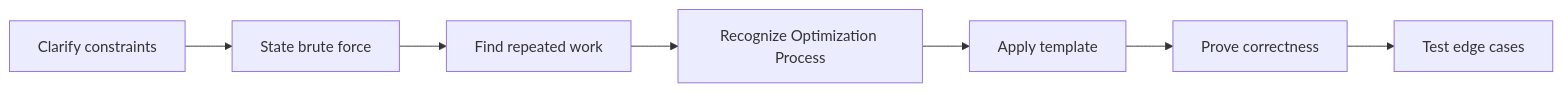
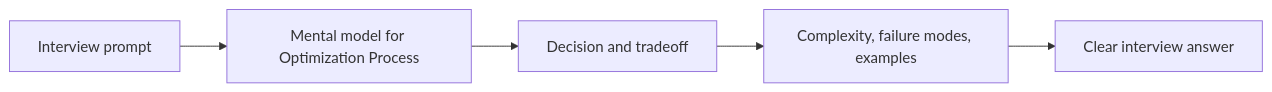
One commit to abstractinterviews/abstractinterviews.github.io changed the second of 2 diagrams in coding-round/strategy/optimization-process/index.md. Above: the diagram before and after it, drawn with Mermaid. The commit also changed other lines of this file and 278 other files, not shown here.

````diff
--- a/coding-round/strategy/optimization-process/index.md
+++ b/coding-round/strategy/optimization-process/index.md
@@ -123,9 +121,7 @@
-~~~mermaid
+```mermaid
 flowchart LR
-    A["Clarify constraints"] --> B["State brute force"]
-    B --> C["Find repeated work"]
-    C --> D["Recognize Optimization Process"]
-    D --> E["Apply template"]
-    E --> F["Prove correctness"]
-    F --> G["Test edge cases"]
-~~~
+    Problem["Interview prompt"] --> Model["Mental model for Optimization Process"]
+    Model --> Choice["Decision and tradeoff"]
+    Choice --> Evidence["Complexity, failure modes, examples"]
+    Evidence --> Answer["Clear interview answer"]
+```
````
